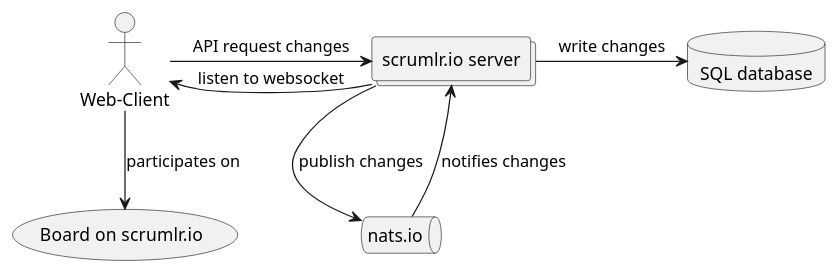
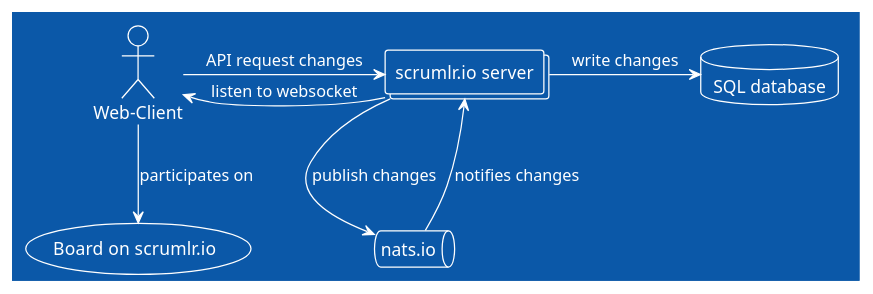
The diagram in server/docs/architecture.puml (inovex/scrumlr.io), drawn with PlantUML before and after one commit. The commit also changed 16 other files, not shown here.

```diff
--- a/server/docs/architecture.puml
+++ b/server/docs/architecture.puml
@@ -1,18 +1,19 @@
 @startuml
+!theme amiga
 
 database "SQL database" as db
 queue nats.io as nats
 actor "Web-Client" as client
 collections "scrumlr.io server" as server
 usecase "Board on scrumlr.io" as board
 
 client -down-> board: participates on
 
 client -right-> server: API request changes
 client <- server: listen to websocket
 
 server -> db: write changes
 server --> nats: publish changes
 nats -> server: notifies changes
 
 @enduml
```
